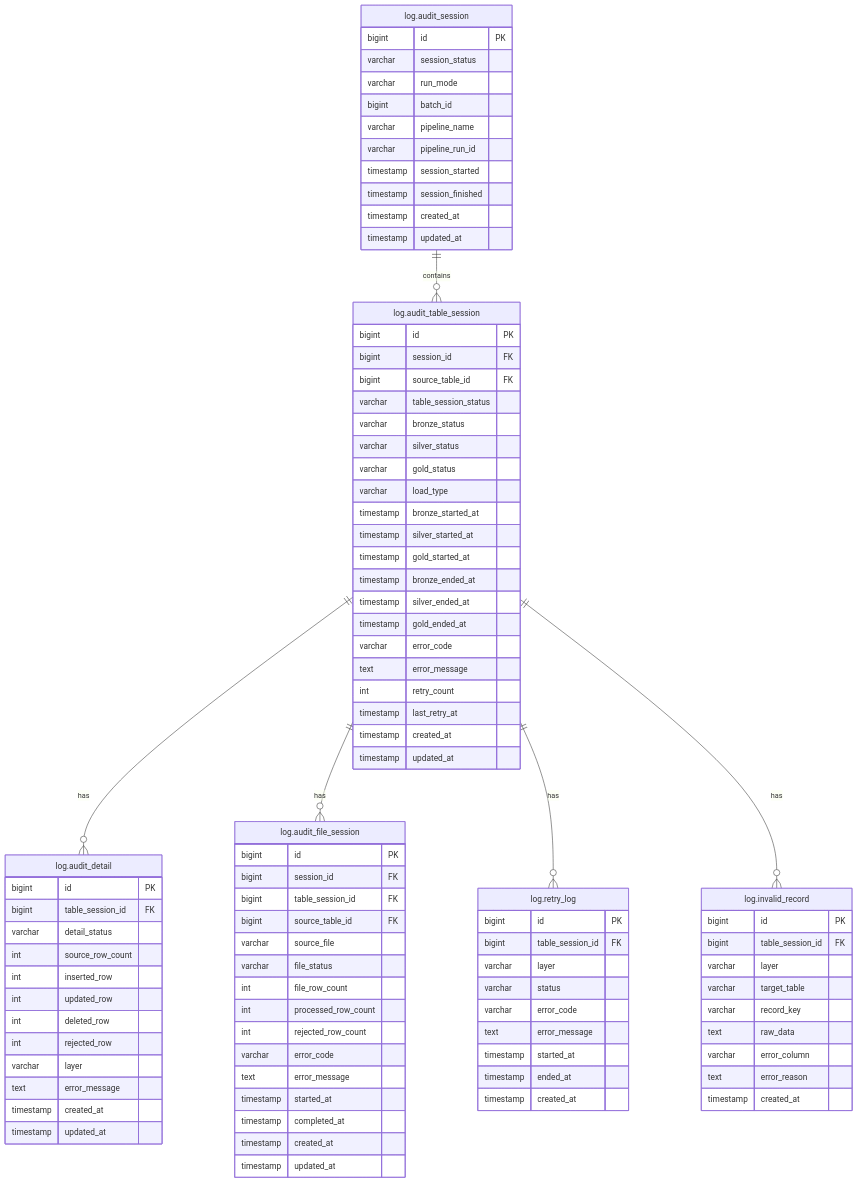
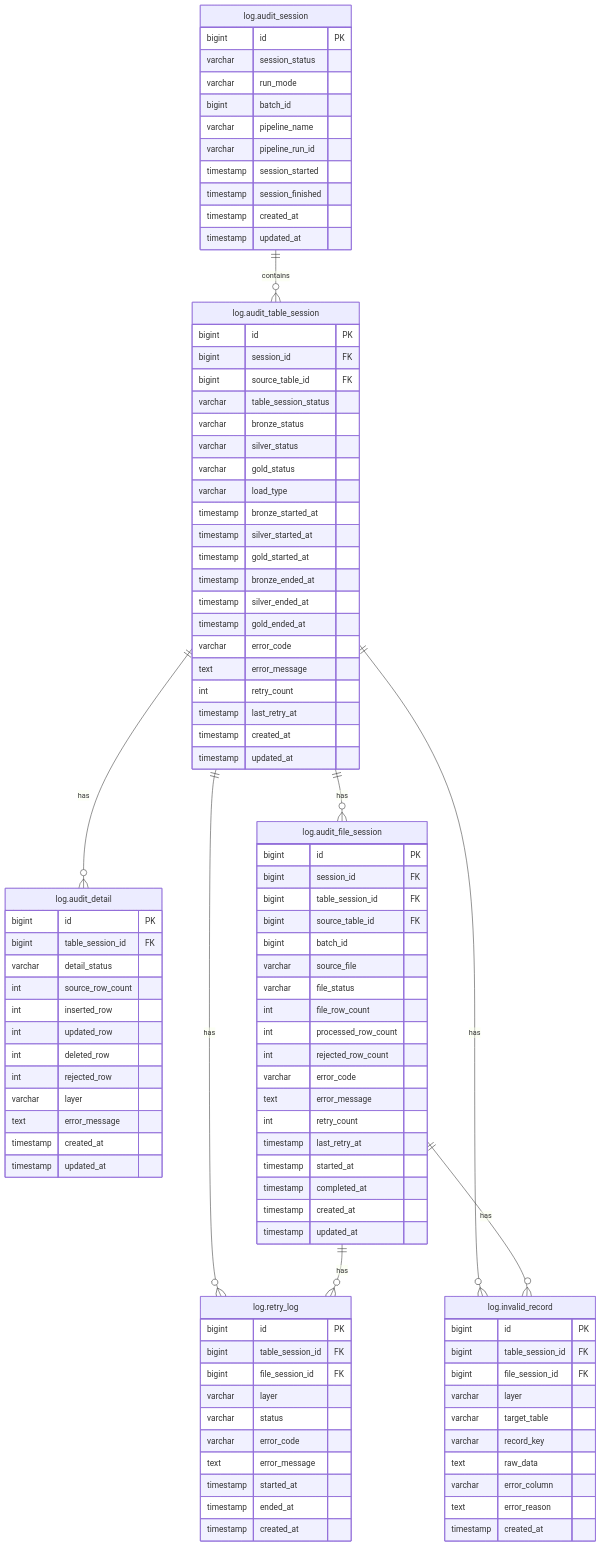
Before and after one commit to anhtnt90dev/rookies-data-dn-2026: the second of 2 diagrams in docs/architecture/team-1/data-workflow-control-strategy.md, drawn with Mermaid. The commit also changed other lines of this file, not shown here.

Commit message:
docs: refine retry and recovery design

```diff
--- a/docs/architecture/team-1/data-workflow-control-strategy.md
+++ b/docs/architecture/team-1/data-workflow-control-strategy.md
@@ -168,6 +168,8 @@
     log.audit_table_session ||--o{ log.audit_file_session : has
     log.audit_table_session ||--o{ log.retry_log : has
     log.audit_table_session ||--o{ log.invalid_record : has
+    log.audit_file_session ||--o{ log.retry_log : has
+    log.audit_file_session ||--o{ log.invalid_record : has
 
     log.audit_session {
         bigint id PK
@@ -225,6 +227,7 @@
         bigint session_id FK
         bigint table_session_id FK
         bigint source_table_id FK
+        bigint batch_id
         varchar source_file
         varchar file_status
         int file_row_count
@@ -232,6 +235,8 @@
         int rejected_row_count
         varchar error_code
         text error_message
+        int retry_count
+        timestamp last_retry_at
         timestamp started_at
         timestamp completed_at
         timestamp created_at
@@ -241,6 +246,7 @@
     log.retry_log {
         bigint id PK
         bigint table_session_id FK
+        bigint file_session_id FK
         varchar layer
         varchar status
         varchar error_code
@@ -253,6 +259,7 @@
     log.invalid_record {
         bigint id PK
         bigint table_session_id FK
+        bigint file_session_id FK
         varchar layer
         varchar target_table
         varchar record_key
```
